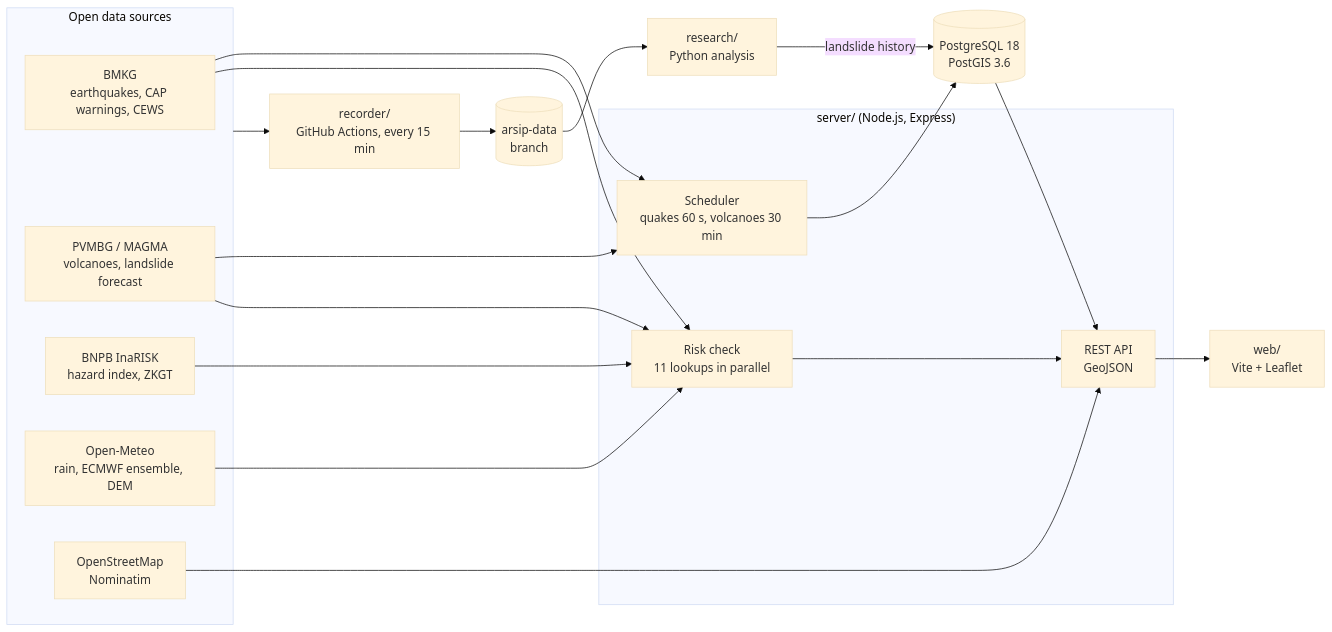
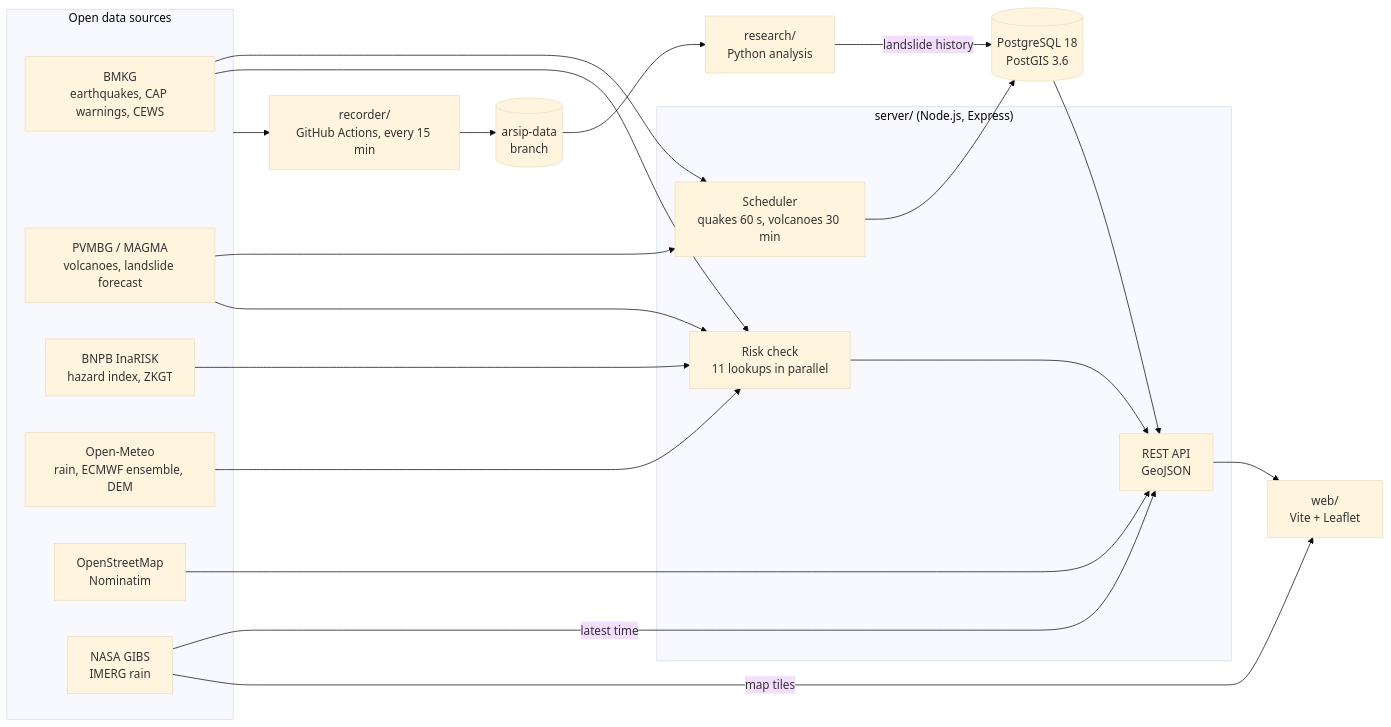
The first of 2 diagrams in README.md (Bintangilham10/webgis-bencana-alam), drawn with Mermaid (base theme) before and after one commit. The commit also changed other lines of this file and 12 other files, not shown here.

````diff
--- a/README.md
+++ b/README.md
@@ -104,38 +116,41 @@
 ```mermaid
 flowchart LR
   subgraph sources["Open data sources"]
     BMKG["BMKG<br/>earthquakes, CAP warnings, CEWS"]
     ESDM["PVMBG / MAGMA<br/>volcanoes, landslide forecast"]
     BNPB["BNPB InaRISK<br/>hazard index, ZKGT"]
     OM["Open-Meteo<br/>rain, ECMWF ensemble, DEM"]
     OSMN["OpenStreetMap<br/>Nominatim"]
+    NASA["NASA GIBS<br/>IMERG rain"]
   end
 
   subgraph server["server/ (Node.js, Express)"]
     SYNC["Scheduler<br/>quakes 60 s, volcanoes 30 min"]
     API["REST API<br/>GeoJSON"]
     RISK["Risk check<br/>11 lookups in parallel"]
   end
 
   DB[("PostgreSQL 18<br/>PostGIS 3.6")]
   WEB["web/<br/>Vite + Leaflet"]
   REC["recorder/<br/>GitHub Actions, every 15 min"]
   ARCH[("arsip-data<br/>branch")]
   RES["research/<br/>Python analysis"]
 
   BMKG --> SYNC
   ESDM --> SYNC
   SYNC --> DB
   DB --> API
   BNPB --> RISK
   OM --> RISK
   ESDM --> RISK
   BMKG --> RISK
   RISK --> API
   OSMN --> API
+  NASA -->|latest time| API
+  NASA -->|map tiles| WEB
   API --> WEB
   sources --> REC
   REC --> ARCH
   ARCH --> RES
   RES -->|landslide history| DB
 ```
````
